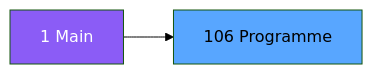
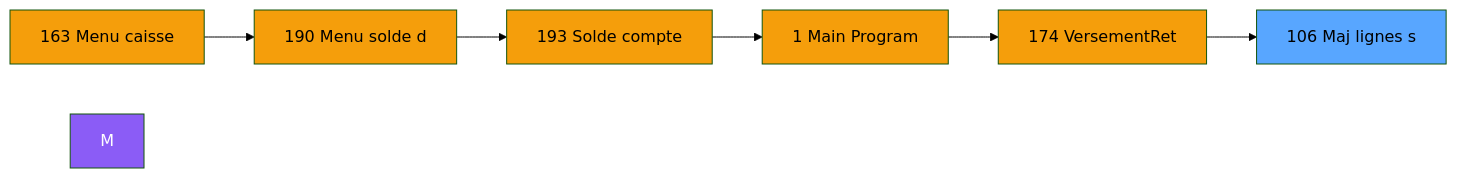
Before and after one commit to thonyAGP/magic-migration: the second of 3 diagrams in .openspec/specs/ADH-IDE-106.md, drawn with Mermaid (forest theme). The commit also changed other lines of this file and 323 other files, not shown here.

````diff
--- a/.openspec/specs/ADH-IDE-106.md
+++ b/.openspec/specs/ADH-IDE-106.md
@@ -101,8 +125,21 @@
 ```mermaid
 graph LR
-    M[1 Main]
-    T[106 Programme]
-    M --> T
+    N163[163 Menu caisse ]
+    N190[190 Menu solde d]
+    N193[193 Solde compte]
+    N1[1 Main Program]
+    N174[174 VersementRet]
+    T[106 Maj lignes s]
+    N163 --> N190
+    N190 --> N193
+    N193 --> N1
+    N1 --> N174
+    N174 --> T
     style M fill:#8b5cf6,color:#fff
+    style N163 fill:#f59e0b
+    style N190 fill:#f59e0b
+    style N193 fill:#f59e0b
+    style N1 fill:#f59e0b
+    style N174 fill:#f59e0b
     style T fill:#58a6ff,color:#000
 ```
````
